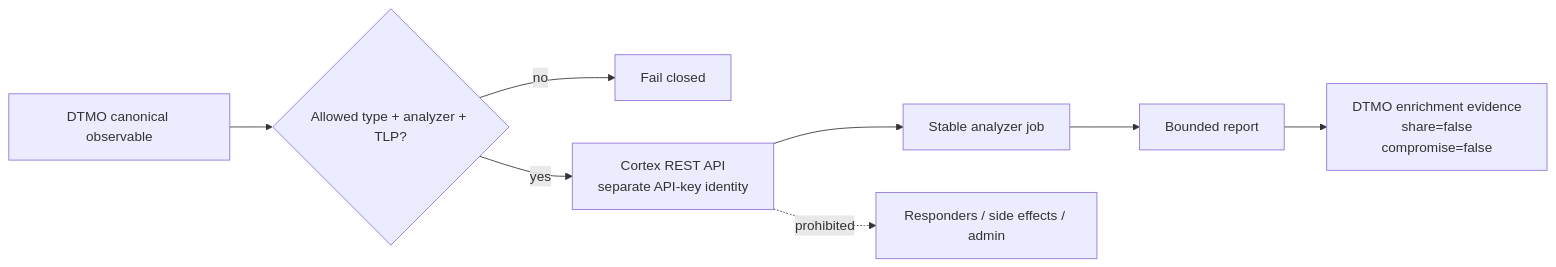
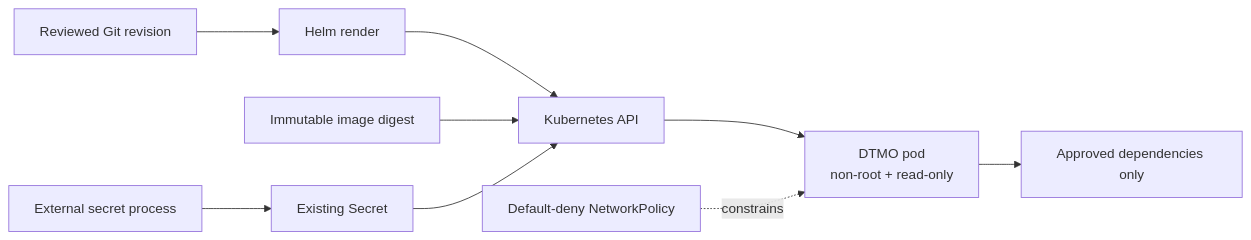
One commit to GJvManen/dtmo changed the diagram in docs/security/SECURITY_OVERVIEW.md. Above: the diagram before and after it, drawn with Mermaid. The commit also changed other lines of this file, not shown here.

````diff
--- a/docs/security/SECURITY_OVERVIEW.md
+++ b/docs/security/SECURITY_OVERVIEW.md
@@ -60,10 +42,11 @@
 ```mermaid
 flowchart LR
-    D[DTMO canonical observable] --> V{Allowed type + analyzer + TLP?}
-    V -->|no| X[Fail closed]
-    V -->|yes| C[Cortex REST API\nseparate API-key identity]
-    C --> J[Stable analyzer job]
-    J --> R[Bounded report]
-    R --> E[DTMO enrichment evidence\nshare=false\ncompromise=false]
-    C -. prohibited .-> Z[Responders / side effects / admin]
+    G[Reviewed Git revision] --> H[Helm render]
+    H --> K[Kubernetes API]
+    D[Immutable image digest] --> K
+    S[External secret process] --> X[Existing Secret]
+    X --> K
+    K --> P[DTMO pod\nnon-root + read-only]
+    N[Default-deny NetworkPolicy] -. constrains .-> P
+    P --> Q[Approved dependencies only]
 ```
````
